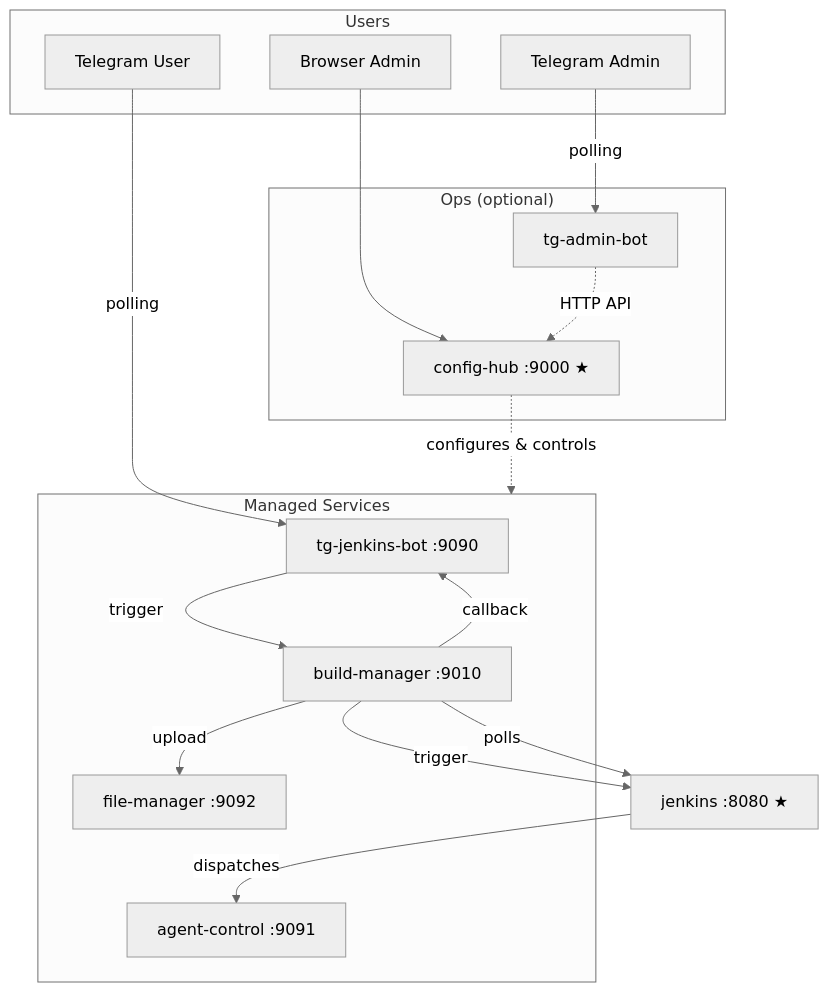
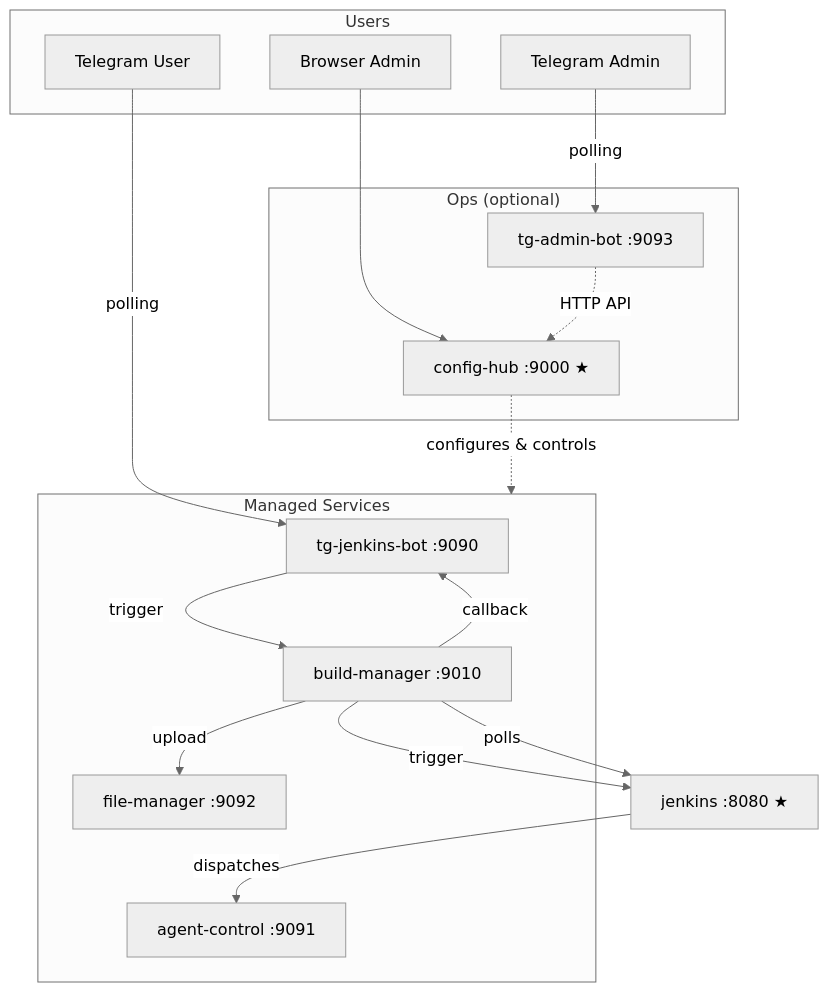
The diagram in README.md (VinhNgT/jenkins-flutter-bot), drawn with Mermaid (neutral theme) before and after one commit. The commit also changed other lines of this file and 17 other files, not shown here.

````diff
--- a/README.md
+++ b/README.md
@@ -13,35 +13,35 @@
 ```mermaid
 graph TD
     subgraph users["Users"]
         TU["Telegram User"]
         BA["Browser Admin"]
         TA["Telegram Admin"]
     end
 
     subgraph ops["Ops  (optional)"]
         CH["config-hub :9000 ★"]
-        TAB["tg-admin-bot"]
+        TAB["tg-admin-bot :9093"]
     end
 
     subgraph managed["Managed Services"]
         BOT["tg-jenkins-bot :9090"]
         BM["build-manager :9010"]
         FM["file-manager :9092"]
         AGT["agent-control :9091"]
     end
 
     JNK["jenkins :8080 ★"]
 
     TU -- polling --> BOT
     BA --> CH
     TA -- polling --> TAB
     TAB -. "HTTP API" .-> CH
     CH -. "configures & controls" .-> managed
 
     BOT -- trigger --> BM
     BM -- trigger --> JNK
     JNK -- dispatches --> AGT
     BM -- polls --> JNK
     BM -- upload --> FM
     BM -- callback --> BOT
 ```
````
